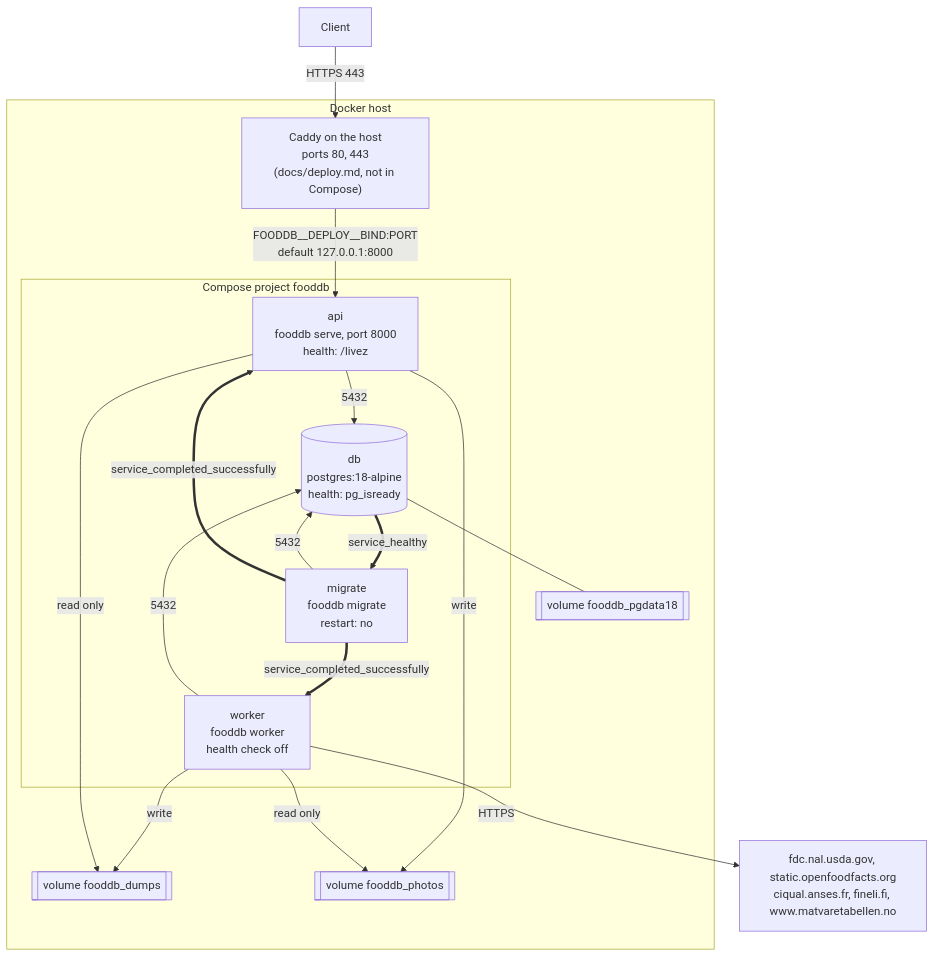
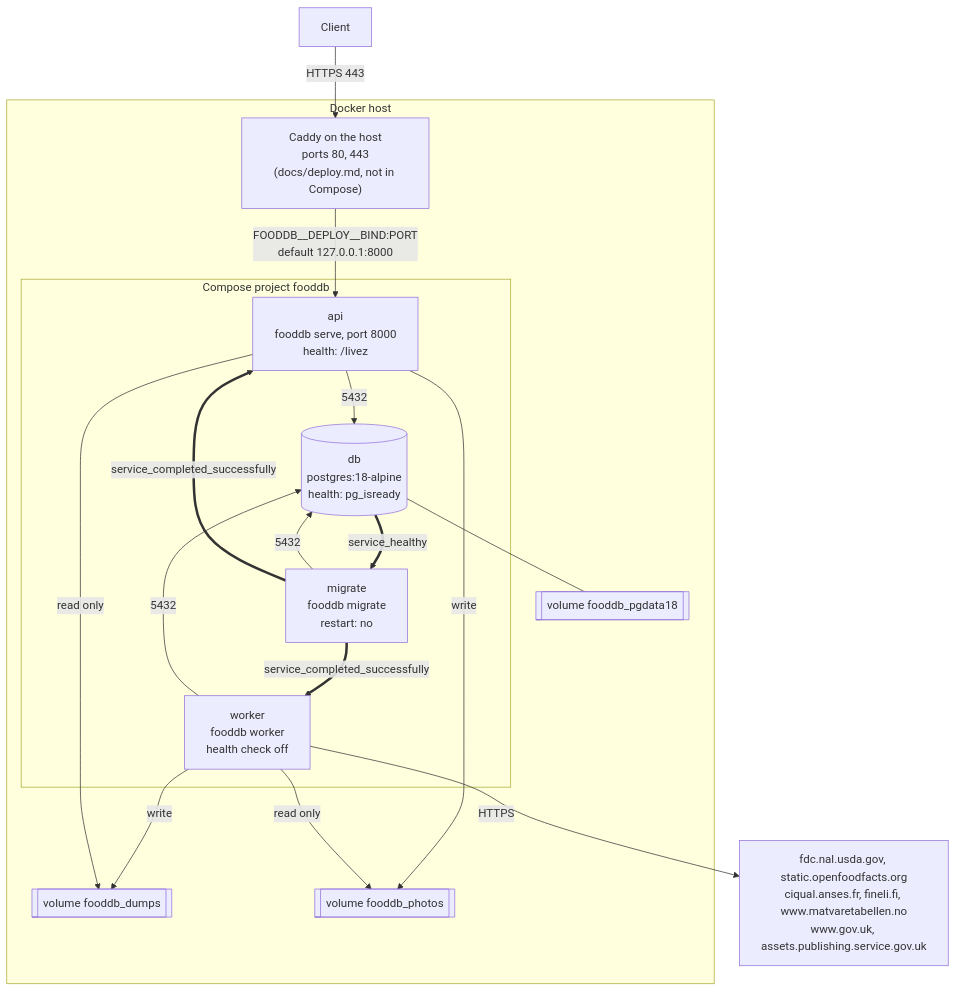
One commit to eait-fit/fooddb changed the second of 19 diagrams in docs/architecture.md. Above: the diagram before and after it, drawn with Mermaid. The commit also changed other lines of this file and 5 other files, not shown here.

First line of the commit message:
docs: CoFID in the README, architecture, design, licence and deploy docs

````diff
--- a/docs/architecture.md
+++ b/docs/architecture.md
@@ -91,31 +91,31 @@
 ```mermaid
 flowchart TB
     client["Client"]
     subgraph host["Docker host"]
         caddy["Caddy on the host<br/>ports 80, 443<br/>(docs/deploy.md, not in Compose)"]
         subgraph stack["Compose project fooddb"]
             dbc[("db<br/>postgres:18-alpine<br/>health: pg_isready")]
             mig["migrate<br/>fooddb migrate<br/>restart: no"]
             apic["api<br/>fooddb serve, port 8000<br/>health: /livez"]
             wk["worker<br/>fooddb worker<br/>health check off"]
         end
         vol[["volume fooddb_pgdata18"]]
         dvol[["volume fooddb_dumps"]]
         pvol[["volume fooddb_photos"]]
     end
-    up["fdc.nal.usda.gov, static.openfoodfacts.org<br/>ciqual.anses.fr, fineli.fi, www.matvaretabellen.no"]
+    up["fdc.nal.usda.gov, static.openfoodfacts.org<br/>ciqual.anses.fr, fineli.fi, www.matvaretabellen.no<br/>www.gov.uk, assets.publishing.service.gov.uk"]
     client -->|"HTTPS 443"| caddy
     caddy -->|"FOODDB__DEPLOY__BIND:PORT<br/>default 127.0.0.1:8000"| apic
     dbc --- vol
     wk -->|"write"| dvol
     apic -->|"read only"| dvol
     apic -->|"write"| pvol
     wk -->|"read only"| pvol
     mig -->|5432| dbc
     apic -->|5432| dbc
     wk -->|5432| dbc
     wk -->|HTTPS| up
     dbc ==>|service_healthy| mig
     mig ==>|service_completed_successfully| apic
     mig ==>|service_completed_successfully| wk
 ```
````
